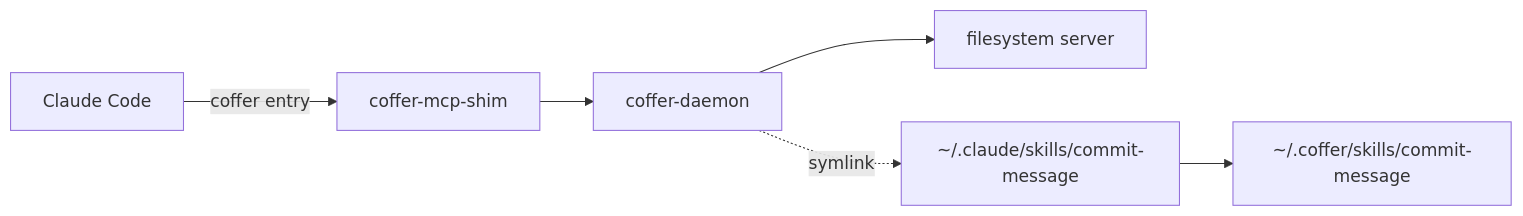
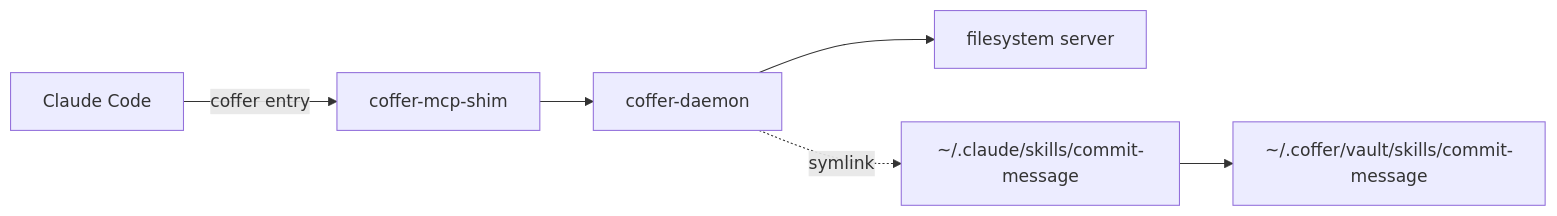
One commit to wyx-sg/Coffer changed the diagram in docs-site/start/quickstart.md. Above: the diagram before and after it, drawn with Mermaid. The commit also changed other lines of this file and 88 other files, not shown here.

````diff
--- a/docs-site/start/quickstart.md
+++ b/docs-site/start/quickstart.md
@@ -232,8 +232,8 @@
 ```mermaid
 flowchart LR
   CC["Claude Code"] -->|"coffer entry"| SHIM["coffer-mcp-shim"]
   SHIM --> D["coffer-daemon"]
   D --> FS["filesystem server"]
   D -.->|"symlink"| SK["~/.claude/skills/commit-message"]
-  SK --> LIB["~/.coffer/skills/commit-message"]
+  SK --> LIB["~/.coffer/vault/skills/commit-message"]
 ```
````
